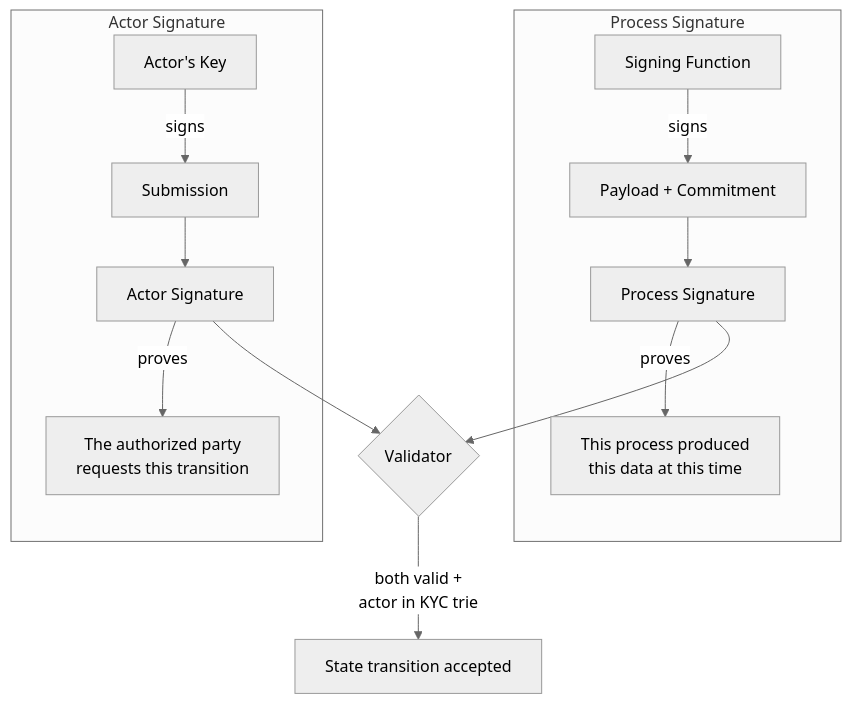
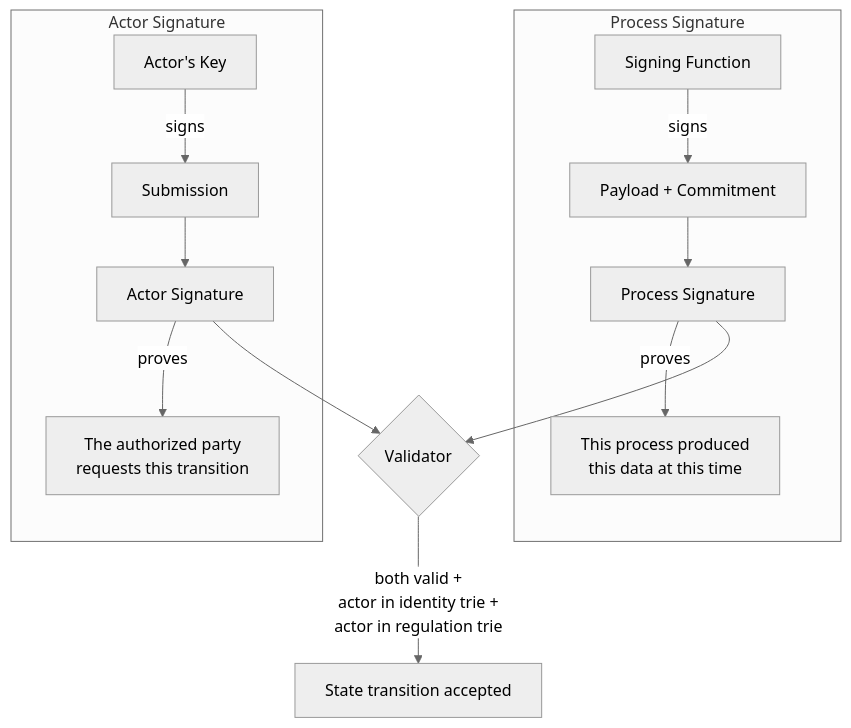
Diagram 13 of 20 in docs/framework/schema.md (lambdasistemi/cardano-for-regulators), drawn with Mermaid (neutral theme) before and after one commit. The commit also changed other lines of this file and 8 other files, not shown here.

First line of the commit message:
Fix mermaid HTML labels and deploy on every push (#5)

````diff
--- a/docs/framework/schema.md
+++ b/docs/framework/schema.md
@@ -341,18 +493,18 @@
 ```mermaid
 graph TD
     subgraph Process Signature
         SF[Signing Function] -->|signs| PL[Payload + Commitment]
         PL --> PS[Process Signature]
         PS -->|proves| ID[This process produced<br/>this data at this time]
     end
 
     subgraph Actor Signature
         AK[Actor's Key] -->|signs| SUB[Submission]
         SUB --> AS[Actor Signature]
         AS -->|proves| AUTH[The authorized party<br/>requests this transition]
     end
 
     PS --> V{Validator}
     AS --> V
-    V -->|both valid +<br/>actor in KYC trie| OK[State transition accepted]
+    V -->|both valid +<br/>actor in identity trie +<br/>actor in regulation trie| OK[State transition accepted]
 ```
````
